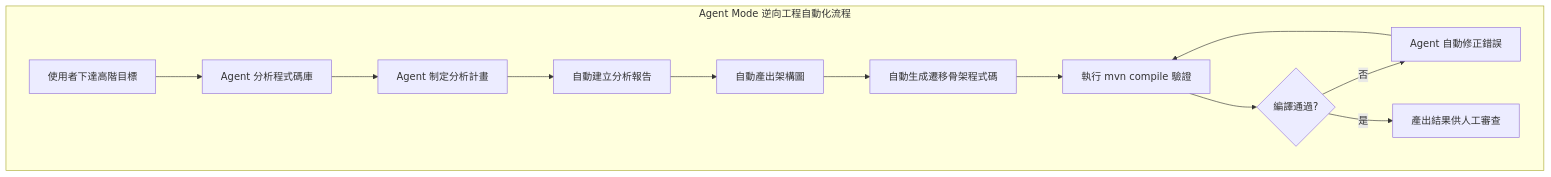
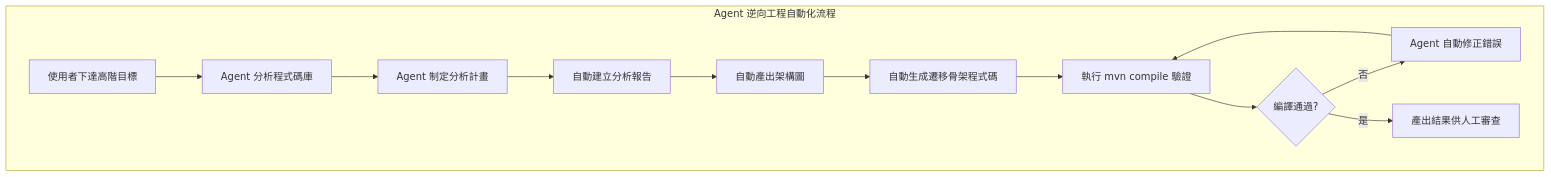
One commit to chihhung/Blog changed diagram 20 of 36 in content/posts/教學/AI開發/GitHub Copilot 逆向工程教學手冊.md. Above: the diagram before and after it, drawn with Mermaid. The commit also changed other lines of this file and 4 other files, not shown here.

````diff
--- a/content/posts/教學/AI開發/GitHub Copilot 逆向工程教學手冊.md
+++ b/content/posts/教學/AI開發/GitHub Copilot 逆向工程教學手冊.md
@@ -1835,15 +2230,15 @@
 ```mermaid
 flowchart TB
-    subgraph "Agent Mode 逆向工程自動化流程"
+    subgraph "Agent 逆向工程自動化流程"
         A[使用者下達高階目標] --> B[Agent 分析程式碼庫]
         B --> C[Agent 制定分析計畫]
         C --> D[自動建立分析報告]
         D --> E[自動產出架構圖]
         E --> F[自動生成遷移骨架程式碼]
         F --> G[執行 mvn compile 驗證]
         G --> H{編譯通過?}
         H -->|否| I[Agent 自動修正錯誤]
         I --> G
         H -->|是| J[產出結果供人工審查]
     end
 ```
````
